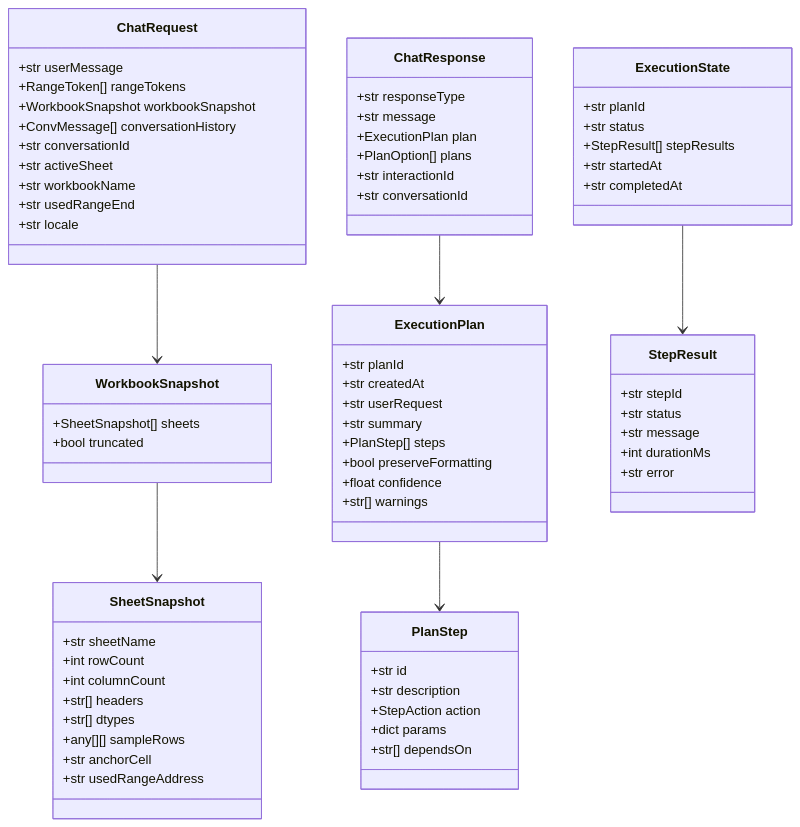
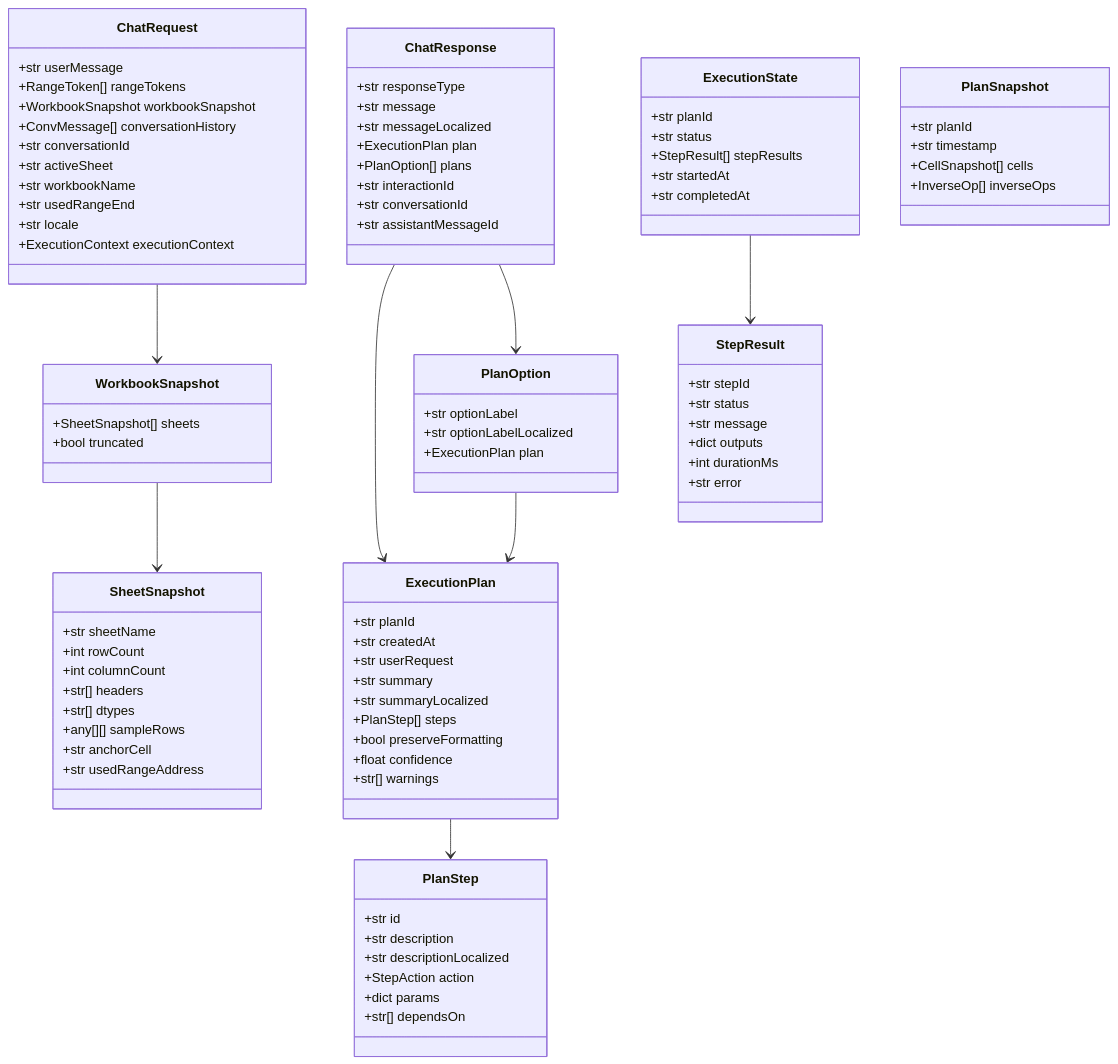
The fifth of 12 diagrams in docs/ARCHITECTURE.md (gal14g/AI-Assistant-for-Excel), drawn with Mermaid before and after one commit. The commit also changed other lines of this file and 1 other file, not shown here.

First line of the commit message:
Refresh ARCHITECTURE.md + AIRGAP.md for current state

````diff
--- a/docs/ARCHITECTURE.md
+++ b/docs/ARCHITECTURE.md
@@ -303,6 +440,7 @@
         +str workbookName
         +str usedRangeEnd
         +str locale
+        +ExecutionContext executionContext
     }
 
     class WorkbookSnapshot {
@@ -324,10 +462,18 @@
     class ChatResponse {
         +str responseType
         +str message
+        +str messageLocalized
         +ExecutionPlan plan
         +PlanOption[] plans
         +str interactionId
         +str conversationId
+        +str assistantMessageId
+    }
+
+    class PlanOption {
+        +str optionLabel
+        +str optionLabelLocalized
+        +ExecutionPlan plan
     }
 
     class ExecutionPlan {
@@ -335,6 +481,7 @@
         +str createdAt
         +str userRequest
         +str summary
+        +str summaryLocalized
         +PlanStep[] steps
         +bool preserveFormatting
         +float confidence
@@ -344,6 +491,7 @@
     class PlanStep {
         +str id
         +str description
+        +str descriptionLocalized
         +StepAction action
         +dict params
         +str[] dependsOn
@@ -361,13 +509,23 @@
         +str stepId
         +str status
         +str message
+        +dict outputs
         +int durationMs
         +str error
+    }
+
+    class PlanSnapshot {
+        +str planId
+        +str timestamp
+        +CellSnapshot[] cells
+        +InverseOp[] inverseOps
     }
 
     ChatRequest --> WorkbookSnapshot
     WorkbookSnapshot --> SheetSnapshot
     ChatResponse --> ExecutionPlan
+    ChatResponse --> PlanOption
+    PlanOption --> ExecutionPlan
     ExecutionPlan --> PlanStep
     ExecutionState --> StepResult
 ```
````
